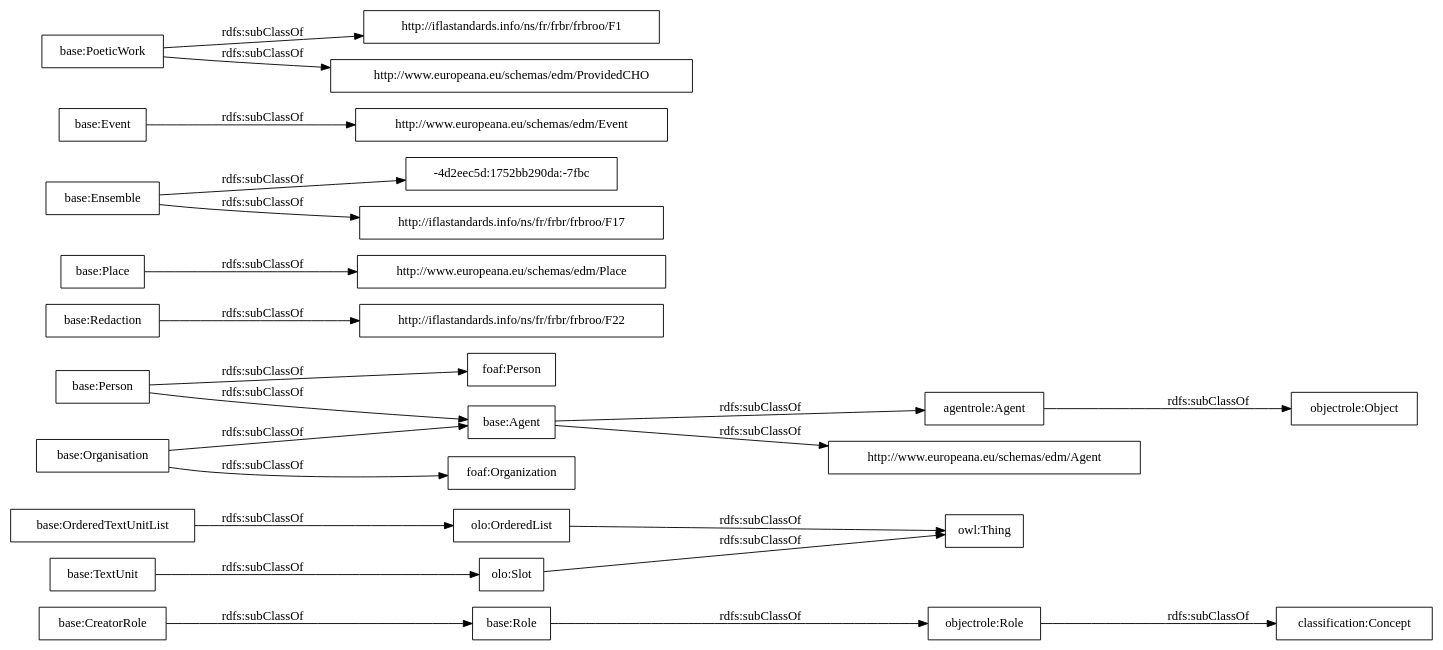
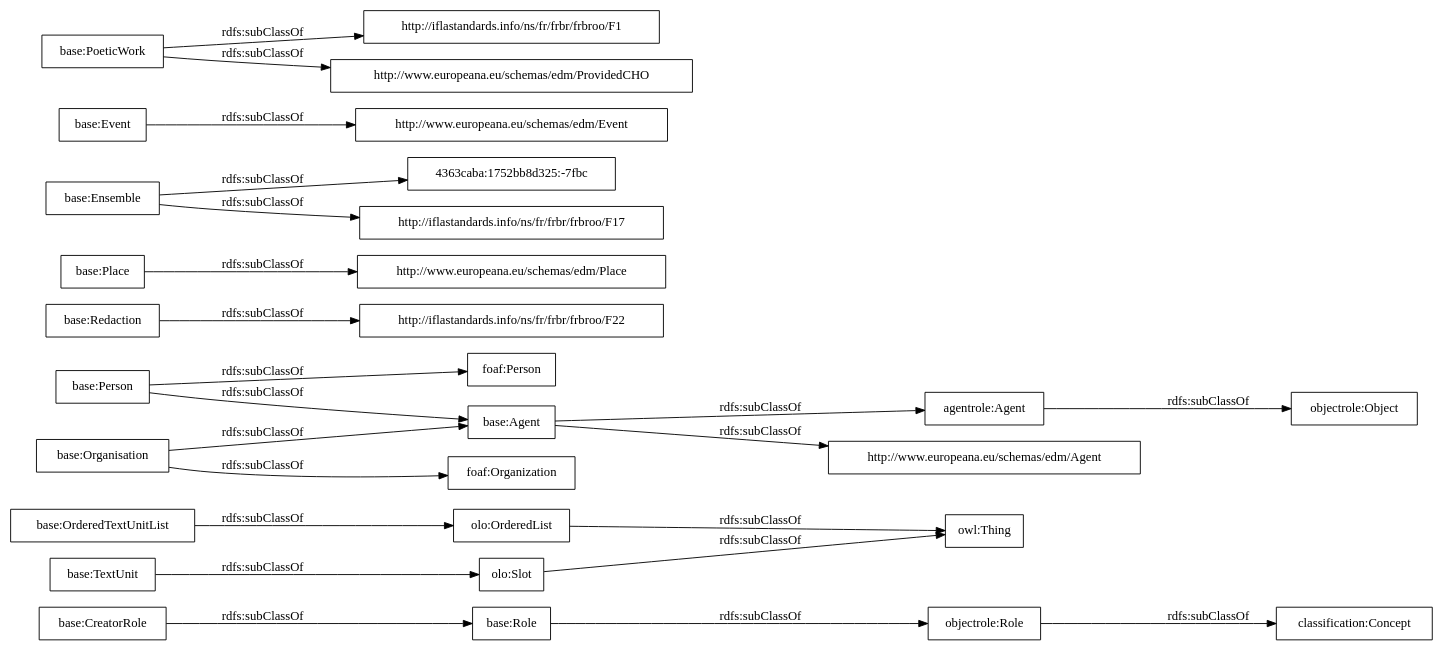
One commit to OnToologyUser/core-ontology-1 changed the diagram in OnToology/postdata-core.owl/diagrams/ar2dtool-taxonomy/postdata-core.owl.png.dot. Above: the diagram before and after it, drawn with Graphviz. The commit also changed 14 other files, not shown here.

```diff
--- a/OnToology/postdata-core.owl/diagrams/ar2dtool-taxonomy/postdata-core.owl.png.dot
+++ b/OnToology/postdata-core.owl/diagrams/ar2dtool-taxonomy/postdata-core.owl.png.dot
@@ -1,27 +1,27 @@
 digraph ar2dtool_diagram { 
 rankdir=LR;
 size="1000"
-node [shape = rectangle, color="black"]; "base:Role" "base:OrderedTextUnitList" "agentrole:Agent" "http://iflastandards.info/ns/fr/frbr/frbroo/F22" "http://www.europeana.eu/schemas/edm/Agent" "base:Agent" "base:CreatorRole" "base:Person" "base:Organisation" "http://www.europeana.eu/schemas/edm/Place" "base:Redaction" "base:Ensemble" "foaf:Person" "-4d2eec5d:1752bb290da:-7fbc" "http://www.europeana.eu/schemas/edm/Event" "base:TextUnit" "http://iflastandards.info/ns/fr/frbr/frbroo/F1" "foaf:Organization" "http://www.europeana.eu/schemas/edm/ProvidedCHO" "base:Place" "base:Event" "base:PoeticWork" "http://iflastandards.info/ns/fr/frbr/frbroo/F17" "owl:Thing" "objectrole:Role" "objectrole:Object" "olo:Slot" "olo:OrderedList" "classification:Concept" ; /*classes style*/
+node [shape = rectangle, color="black"]; "base:Role" "base:OrderedTextUnitList" "agentrole:Agent" "http://iflastandards.info/ns/fr/frbr/frbroo/F22" "http://www.europeana.eu/schemas/edm/Agent" "base:Agent" "base:CreatorRole" "base:Person" "base:Organisation" "http://www.europeana.eu/schemas/edm/Place" "base:Redaction" "base:Ensemble" "foaf:Person" "http://www.europeana.eu/schemas/edm/Event" "base:TextUnit" "http://iflastandards.info/ns/fr/frbr/frbroo/F1" "foaf:Organization" "http://www.europeana.eu/schemas/edm/ProvidedCHO" "base:Place" "base:Event" "4363caba:1752bb8d325:-7fbc" "base:PoeticWork" "http://iflastandards.info/ns/fr/frbr/frbroo/F17" "owl:Thing" "objectrole:Role" "objectrole:Object" "olo:Slot" "olo:OrderedList" "classification:Concept" ; /*classes style*/
 	"base:Redaction" -> "http://iflastandards.info/ns/fr/frbr/frbroo/F22" [ label = "rdfs:subClassOf" ];
 	"base:Role" -> "objectrole:Role" [ label = "rdfs:subClassOf" ];
 	"base:Event" -> "http://www.europeana.eu/schemas/edm/Event" [ label = "rdfs:subClassOf" ];
 	"base:Person" -> "foaf:Person" [ label = "rdfs:subClassOf" ];
 	"base:Person" -> "base:Agent" [ label = "rdfs:subClassOf" ];
 	"olo:OrderedList" -> "owl:Thing" [ label = "rdfs:subClassOf" ];
 	"olo:Slot" -> "owl:Thing" [ label = "rdfs:subClassOf" ];
 	"base:PoeticWork" -> "http://www.europeana.eu/schemas/edm/ProvidedCHO" [ label = "rdfs:subClassOf" ];
 	"base:PoeticWork" -> "http://iflastandards.info/ns/fr/frbr/frbroo/F1" [ label = "rdfs:subClassOf" ];
 	"base:TextUnit" -> "olo:Slot" [ label = "rdfs:subClassOf" ];
 	"agentrole:Agent" -> "objectrole:Object" [ label = "rdfs:subClassOf" ];
-	"base:Ensemble" -> "-4d2eec5d:1752bb290da:-7fbc" [ label = "rdfs:subClassOf" ];
+	"base:Ensemble" -> "4363caba:1752bb8d325:-7fbc" [ label = "rdfs:subClassOf" ];
 	"base:Ensemble" -> "http://iflastandards.info/ns/fr/frbr/frbroo/F17" [ label = "rdfs:subClassOf" ];
 	"base:OrderedTextUnitList" -> "olo:OrderedList" [ label = "rdfs:subClassOf" ];
 	"base:Agent" -> "agentrole:Agent" [ label = "rdfs:subClassOf" ];
 	"base:Agent" -> "http://www.europeana.eu/schemas/edm/Agent" [ label = "rdfs:subClassOf" ];
 	"objectrole:Role" -> "classification:Concept" [ label = "rdfs:subClassOf" ];
 	"base:Place" -> "http://www.europeana.eu/schemas/edm/Place" [ label = "rdfs:subClassOf" ];
 	"base:Organisation" -> "foaf:Organization" [ label = "rdfs:subClassOf" ];
 	"base:Organisation" -> "base:Agent" [ label = "rdfs:subClassOf" ];
 	"base:CreatorRole" -> "base:Role" [ label = "rdfs:subClassOf" ];
 
 }
```
